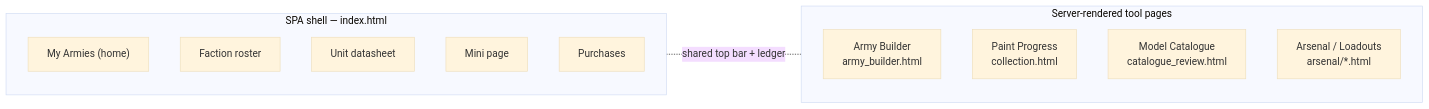
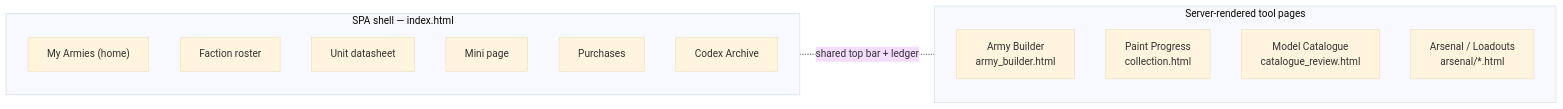
Before and after one commit to Unfunded8495/Codex-Armorum: the second of 12 diagrams in CODEX_ARMORUM_APP_MAP.md, drawn with Mermaid (base theme). The commit also changed other lines of this file and 14 other files, not shown here.

````diff
--- a/CODEX_ARMORUM_APP_MAP.md
+++ b/CODEX_ARMORUM_APP_MAP.md
@@ -91,19 +92,20 @@
 ```mermaid
 flowchart LR
     subgraph A["SPA shell — index.html"]
         direction TB
         a1["My Armies (home)"]
         a2["Faction roster"]
         a3["Unit datasheet"]
         a4["Mini page"]
         a5["Purchases"]
+        a6["Codex Archive"]
     end
     subgraph B["Server-rendered tool pages"]
         direction TB
         b1["Army Builder<br/>army_builder.html"]
         b2["Paint Progress<br/>collection.html"]
         b3["Model Catalogue<br/>catalogue_review.html"]
         b4["Arsenal / Loadouts<br/>arsenal/*.html"]
     end
     A -.shared top bar + ledger.- B
 ```
````
